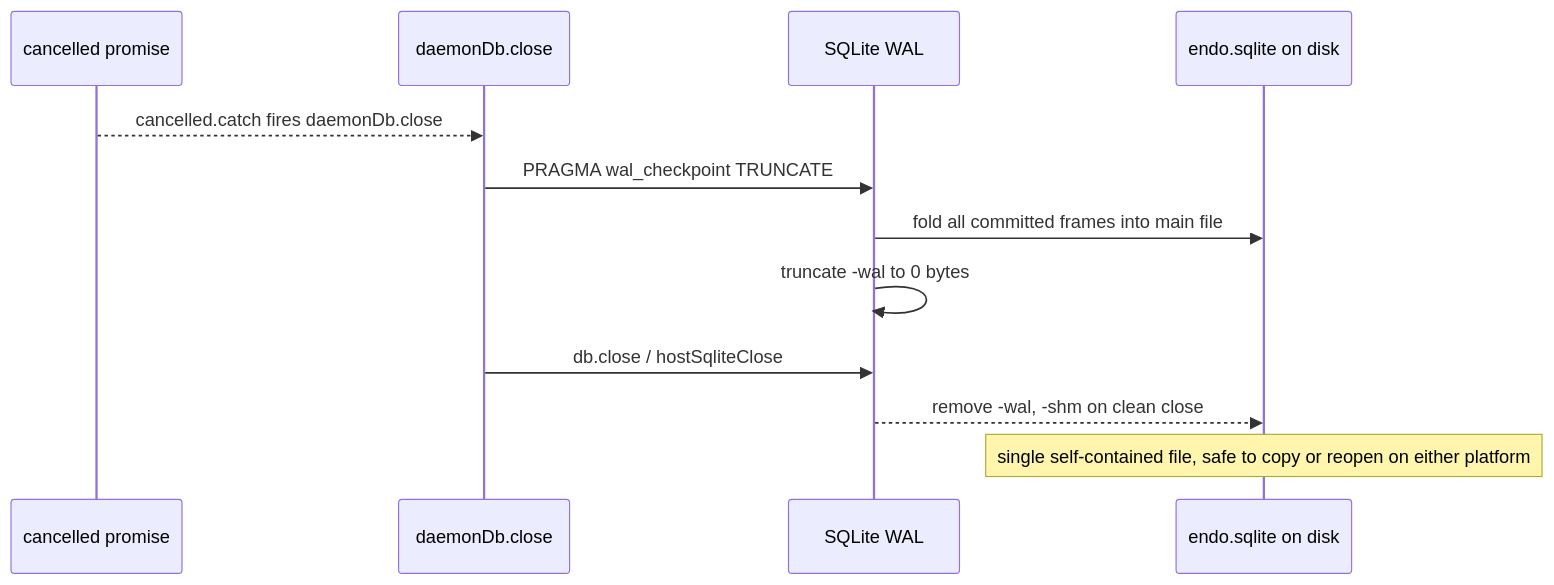
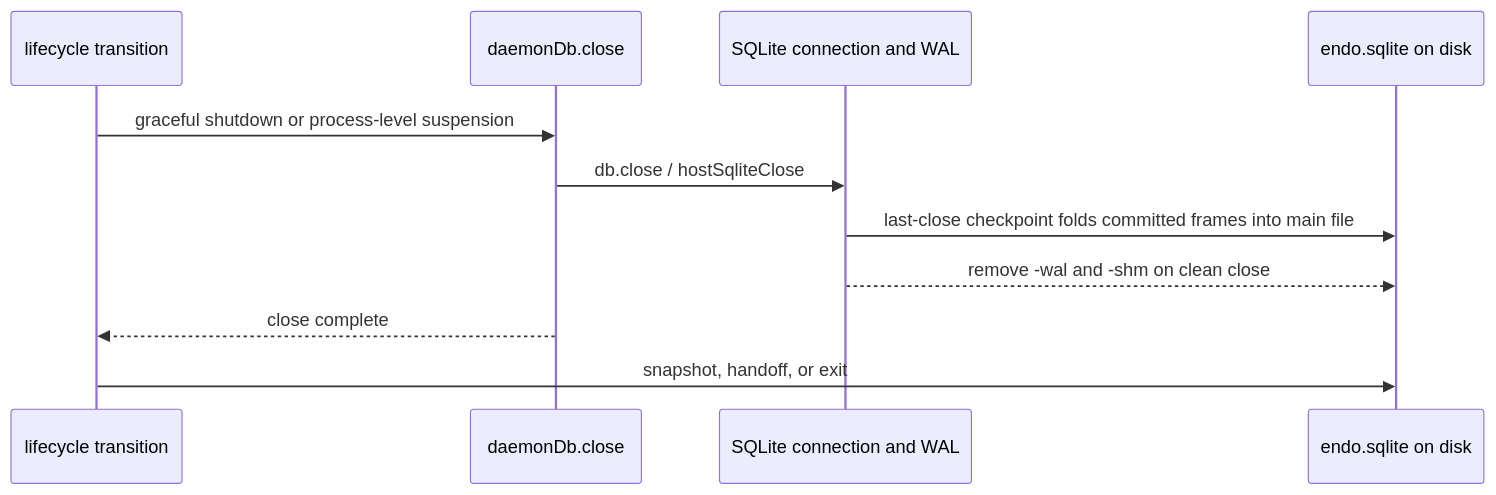
Before and after one commit to endojs/endo-but-for-bots: the diagram in designs/daemon-sqlite-shutdown-checkpoint.md, drawn with Mermaid. The commit also changed other lines of this file and 1 other file, not shown here.

Commit message:
docs(daemon): rely on full SQLite close (#934)

````diff
--- a/designs/daemon-sqlite-shutdown-checkpoint.md
+++ b/designs/daemon-sqlite-shutdown-checkpoint.md
@@ -174,14 +124,13 @@
 ```mermaid
 sequenceDiagram
-    participant C as cancelled promise
+    participant L as lifecycle transition
     participant D as daemonDb.close
-    participant S as SQLite WAL
+    participant S as SQLite connection and WAL
     participant F as endo.sqlite on disk
-    C-->>D: cancelled.catch fires daemonDb.close
-    D->>S: PRAGMA wal_checkpoint TRUNCATE
-    S->>F: fold all committed frames into main file
-    S->>S: truncate -wal to 0 bytes
+    L->>D: graceful shutdown or process-level suspension
     D->>S: db.close / hostSqliteClose
-    S-->>F: remove -wal, -shm on clean close
-    Note over F: single self-contained file, safe to copy or reopen on either platform
+    S->>F: last-close checkpoint folds committed frames into main file
+    S-->>F: remove -wal and -shm on clean close
+    D-->>L: close complete
+    L->>F: snapshot, handoff, or exit
 ```
````
